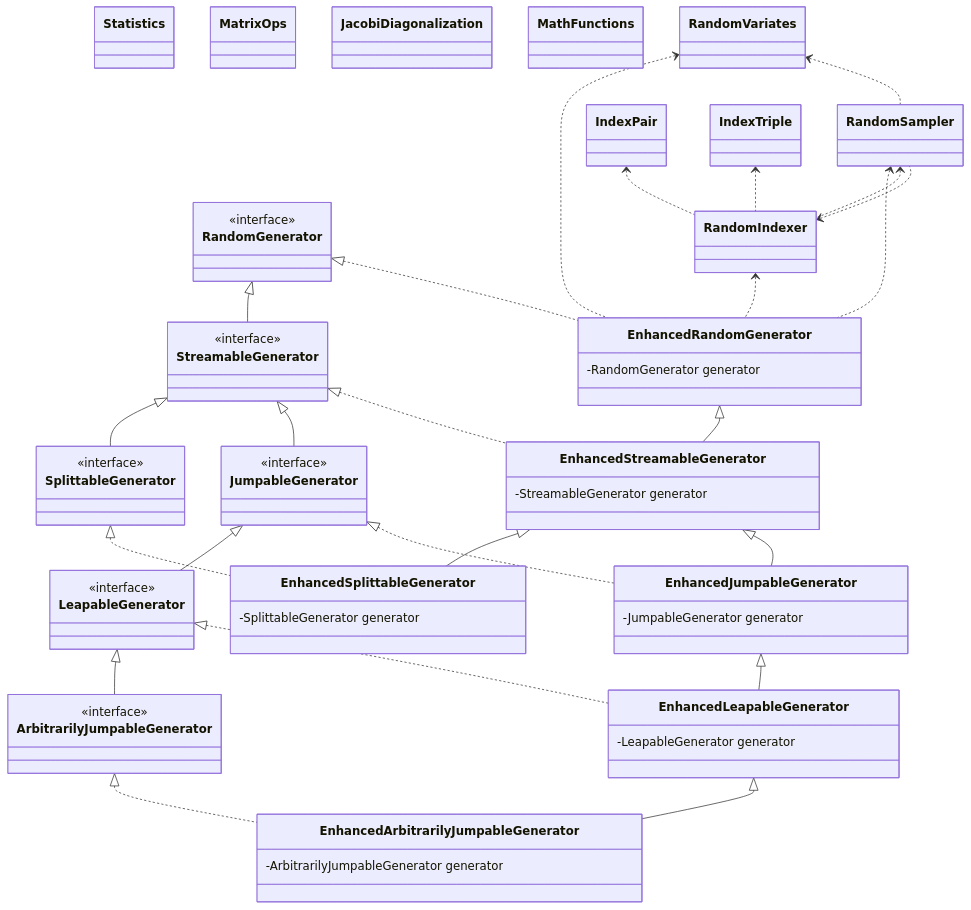
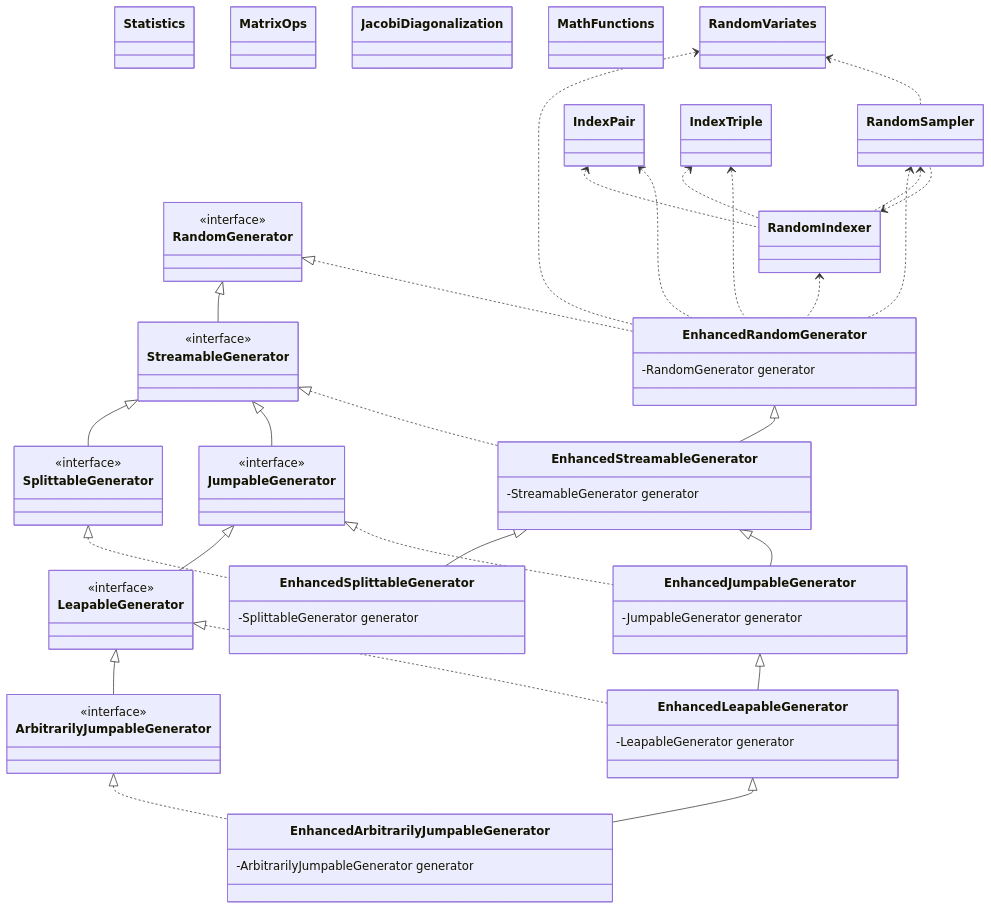
The diagram in README.md (cicirello/rho-mu), drawn with Mermaid before and after one commit.

````diff
--- a/README.md
+++ b/README.md
@@ -88,79 +88,81 @@
 ```mermaid
 classDiagram
   class Statistics
   class MatrixOps
   class JacobiDiagonalization
   class MathFunctions
   class RandomGenerator
   <<interface>> RandomGenerator
   class StreamableGenerator
   <<interface>> StreamableGenerator
   RandomGenerator <|-- StreamableGenerator
   class SplittableGenerator
   <<interface>> SplittableGenerator
   StreamableGenerator <|-- SplittableGenerator
   class JumpableGenerator
   <<interface>> JumpableGenerator
   StreamableGenerator <|-- JumpableGenerator
   class LeapableGenerator
   <<interface>> LeapableGenerator
   JumpableGenerator <|-- LeapableGenerator
   class ArbitrarilyJumpableGenerator
   <<interface>> ArbitrarilyJumpableGenerator
   LeapableGenerator <|-- ArbitrarilyJumpableGenerator
   class EnhancedRandomGenerator
   RandomGenerator <|.. EnhancedRandomGenerator
   class RandomSampler
   RandomSampler <.. EnhancedRandomGenerator
   class IndexPair
   class IndexTriple
   class RandomIndexer
   RandomIndexer <.. EnhancedRandomGenerator
   RandomIndexer <.. RandomSampler
   RandomSampler <.. RandomIndexer
-  IndexPair <.. RandomIndexer
-  IndexTriple <.. RandomIndexer
   class RandomVariates
   RandomVariates <.. EnhancedRandomGenerator
   RandomVariates <.. RandomSampler
+  IndexPair <.. RandomIndexer
+  IndexTriple <.. RandomIndexer
+  IndexPair <.. EnhancedRandomGenerator
+  IndexTriple <.. EnhancedRandomGenerator
   EnhancedRandomGenerator : -RandomGenerator generator
   class EnhancedStreamableGenerator
   EnhancedRandomGenerator <|-- EnhancedStreamableGenerator
   StreamableGenerator <|.. EnhancedStreamableGenerator
   EnhancedStreamableGenerator : -StreamableGenerator generator
   class EnhancedSplittableGenerator
   EnhancedStreamableGenerator <|-- EnhancedSplittableGenerator
   SplittableGenerator <|.. EnhancedSplittableGenerator
   EnhancedSplittableGenerator : -SplittableGenerator generator
   class EnhancedJumpableGenerator
   EnhancedStreamableGenerator <|-- EnhancedJumpableGenerator
   JumpableGenerator <|.. EnhancedJumpableGenerator
   EnhancedJumpableGenerator : -JumpableGenerator generator
   class EnhancedLeapableGenerator
   EnhancedJumpableGenerator <|-- EnhancedLeapableGenerator
   LeapableGenerator <|.. EnhancedLeapableGenerator
   EnhancedLeapableGenerator : -LeapableGenerator generator
   class EnhancedArbitrarilyJumpableGenerator
   EnhancedLeapableGenerator <|-- EnhancedArbitrarilyJumpableGenerator
   ArbitrarilyJumpableGenerator <|.. EnhancedArbitrarilyJumpableGenerator
   EnhancedArbitrarilyJumpableGenerator : -ArbitrarilyJumpableGenerator generator
   link RandomIndexer "https://rho-mu.cicirello.org/api/org.cicirello.rho_mu/org/cicirello/math/rand/RandomIndexer.html"
   link RandomVariates "https://rho-mu.cicirello.org/api/org.cicirello.rho_mu/org/cicirello/math/rand/RandomVariates.html"
   link RandomSampler "https://rho-mu.cicirello.org/api/org.cicirello.rho_mu/org/cicirello/math/rand/RandomSampler.html"
   link EnhancedRandomGenerator "https://rho-mu.cicirello.org/api/org.cicirello.rho_mu/org/cicirello/math/rand/EnhancedRandomGenerator.html"
   link EnhancedStreamableGenerator "https://rho-mu.cicirello.org/api/org.cicirello.rho_mu/org/cicirello/math/rand/EnhancedStreamableGenerator.html"
   link EnhancedSplittableGenerator "https://rho-mu.cicirello.org/api/org.cicirello.rho_mu/org/cicirello/math/rand/EnhancedSplittableGenerator.html"
   link EnhancedJumpableGenerator "https://rho-mu.cicirello.org/api/org.cicirello.rho_mu/org/cicirello/math/rand/EnhancedJumpableGenerator.html"
   link EnhancedLeapableGenerator "https://rho-mu.cicirello.org/api/org.cicirello.rho_mu/org/cicirello/math/rand/EnhancedLeapableGenerator.html"
   link EnhancedArbitrarilyJumpableGenerator "https://rho-mu.cicirello.org/api/org.cicirello.rho_mu/org/cicirello/math/rand/EnhancedArbitrarilyJumpableGenerator.html"
   link RandomGenerator "https://docs.oracle.com/en/java/javase/17/docs/api/java.base/java/util/random/RandomGenerator.html"
   link StreamableGenerator "https://docs.oracle.com/en/java/javase/17/docs/api/java.base/java/util/random/RandomGenerator.StreamableGenerator.html"
   link SplittableGenerator "https://docs.oracle.com/en/java/javase/17/docs/api/java.base/java/util/random/RandomGenerator.SplittableGenerator.html"
   link JumpableGenerator "https://docs.oracle.com/en/java/javase/17/docs/api/java.base/java/util/random/RandomGenerator.JumpableGenerator.html"
   link LeapableGenerator "https://docs.oracle.com/en/java/javase/17/docs/api/java.base/java/util/random/RandomGenerator.LeapableGenerator.html"
   link ArbitrarilyJumpableGenerator "https://docs.oracle.com/en/java/javase/17/docs/api/java.base/java/util/random/RandomGenerator.ArbitrarilyJumpableGenerator.html"
   link MathFunctions "https://rho-mu.cicirello.org/api/org.cicirello.rho_mu/org/cicirello/math/MathFunctions.html"
   link Statistics "https://rho-mu.cicirello.org/api/org.cicirello.rho_mu/org/cicirello/math/stats/Statistics.html"
   link MatrixOps "https://rho-mu.cicirello.org/api/org.cicirello.rho_mu/org/cicirello/math/la/MatrixOps.html"
   link JacobiDiagonalization "https://rho-mu.cicirello.org/api/org.cicirello.rho_mu/org/cicirello/math/la/JacobiDiagonalization.html"
 ```
````
